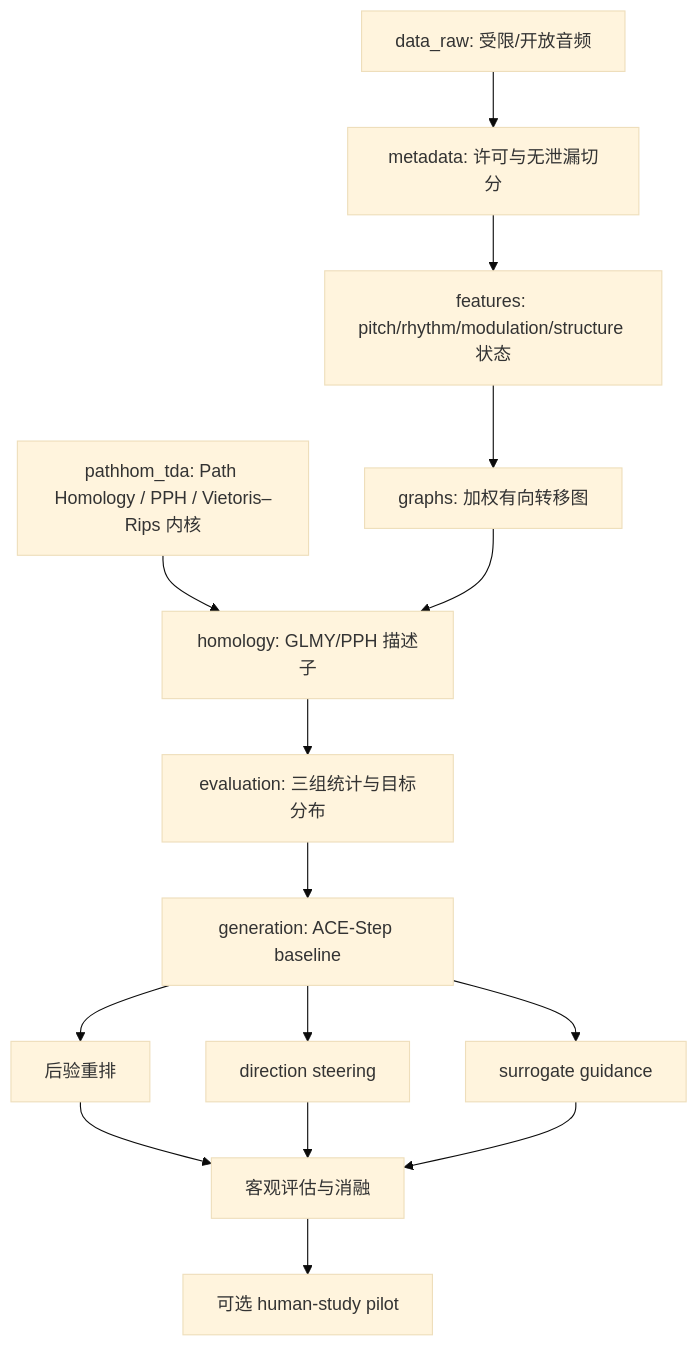
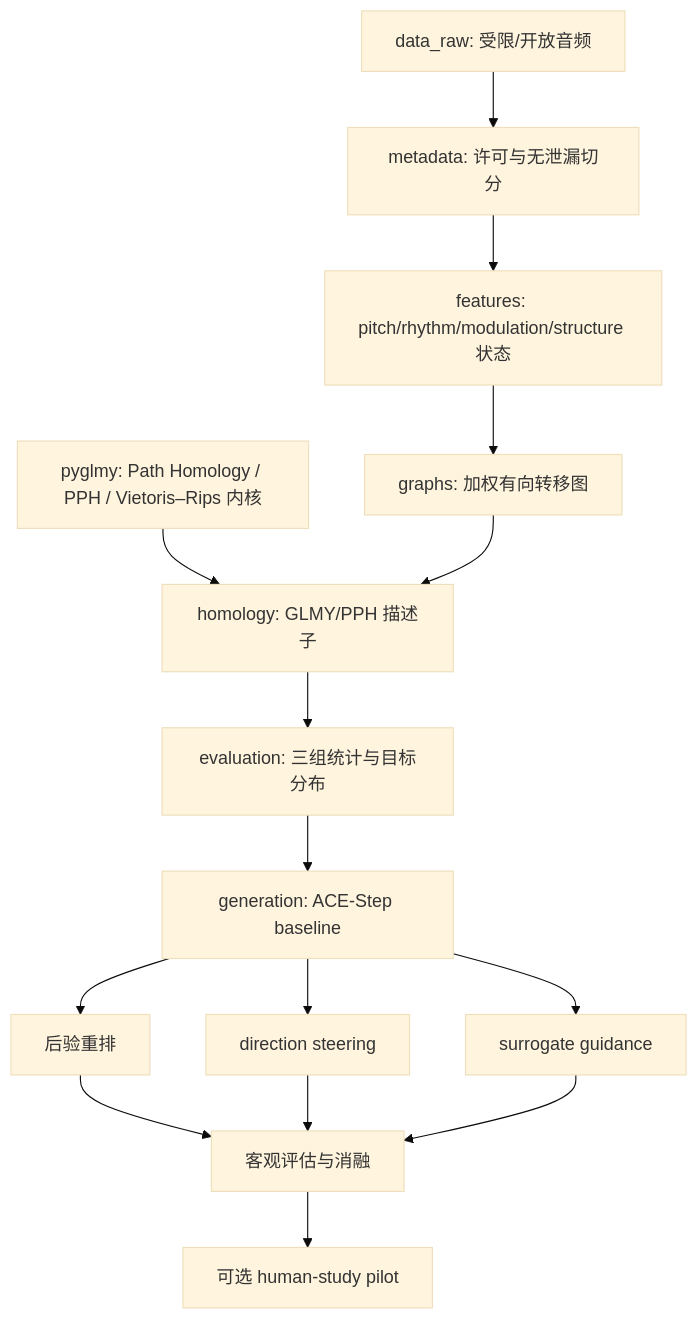
Before and after one commit to fisheryv/glmy_focus_music: the diagram in docs/architecture.md, drawn with Mermaid (base theme). The commit also changed other lines of this file and 74 other files, not shown here.

First line of the commit message:
refactor: rename pathhom_tda to pyglmy

````diff
--- a/docs/architecture.md
+++ b/docs/architecture.md
@@ -3,17 +3,17 @@
 ```mermaid
 flowchart TD
-    Z["pathhom_tda: Path Homology / PPH / Vietoris–Rips 内核"] --> E
+    Z["pyglmy: Path Homology / PPH / Vietoris–Rips 内核"] --> E
     A["data_raw: 受限/开放音频"] --> B["metadata: 许可与无泄漏切分"]
     B --> C["features: pitch/rhythm/modulation/structure 状态"]
     C --> D["graphs: 加权有向转移图"]
     D --> E["homology: GLMY/PPH 描述子"]
     E --> F["evaluation: 三组统计与目标分布"]
     F --> G["generation: ACE-Step baseline"]
     G --> H["后验重排"]
     G --> I["direction steering"]
     G --> J["surrogate guidance"]
     H --> K["客观评估与消融"]
     I --> K
     J --> K
     K --> L["可选 human-study pilot"]
 ```
````
